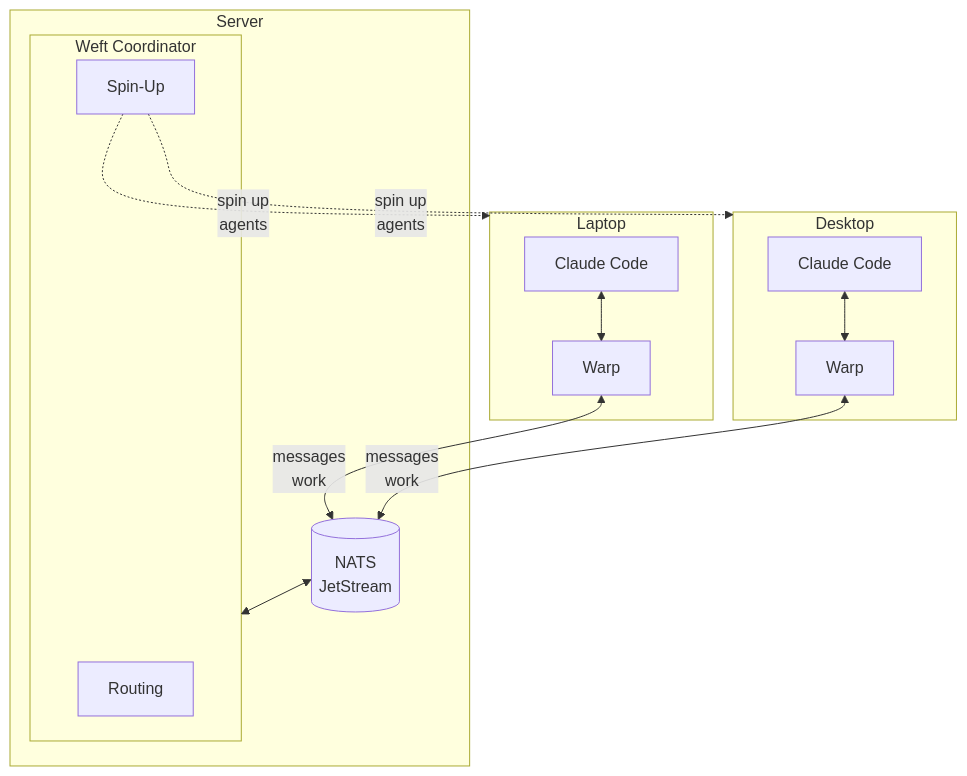
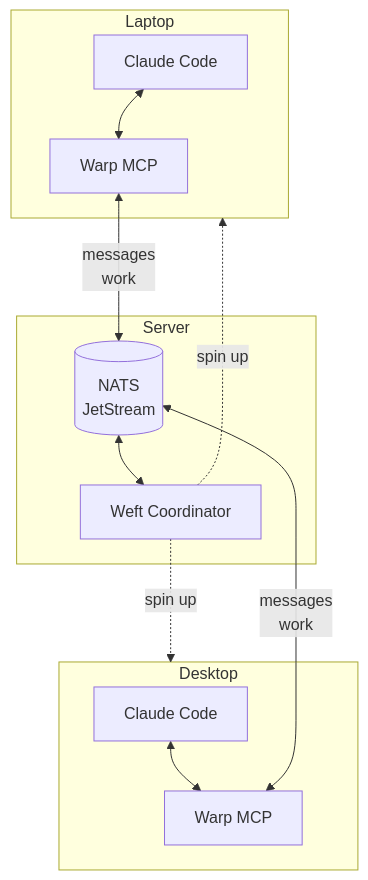
Before and after one commit to mdlopresti/loom: the first of 3 diagrams in README.md, drawn with Mermaid.

Commit message:
docs: Simplify Weft in diagram, rename Warp to Warp MCP

````diff
--- a/README.md
+++ b/README.md
@@ -23,28 +23,25 @@
 ```mermaid
 flowchart TB
     subgraph Laptop["Laptop"]
         A1["Claude Code"]
-        W1["Warp"]
+        W1["Warp MCP"]
         A1 <--> W1
     end
 
     subgraph Desktop["Desktop"]
         A2["Claude Code"]
-        W2["Warp"]
+        W2["Warp MCP"]
         A2 <--> W2
     end
 
     subgraph Server["Server"]
         NATS[("NATS<br/>JetStream")]
-        subgraph Weft["Weft Coordinator"]
-            RE["Routing"]
-            SM["Spin-Up"]
-        end
+        Weft["Weft Coordinator"]
     end
 
     W1 <-->|messages<br/>work| NATS
     W2 <-->|messages<br/>work| NATS
     NATS <--> Weft
-    SM -.->|spin up<br/>agents| Laptop
-    SM -.->|spin up<br/>agents| Desktop
+    Weft -.->|spin up| Laptop
+    Weft -.->|spin up| Desktop
 ```
````
